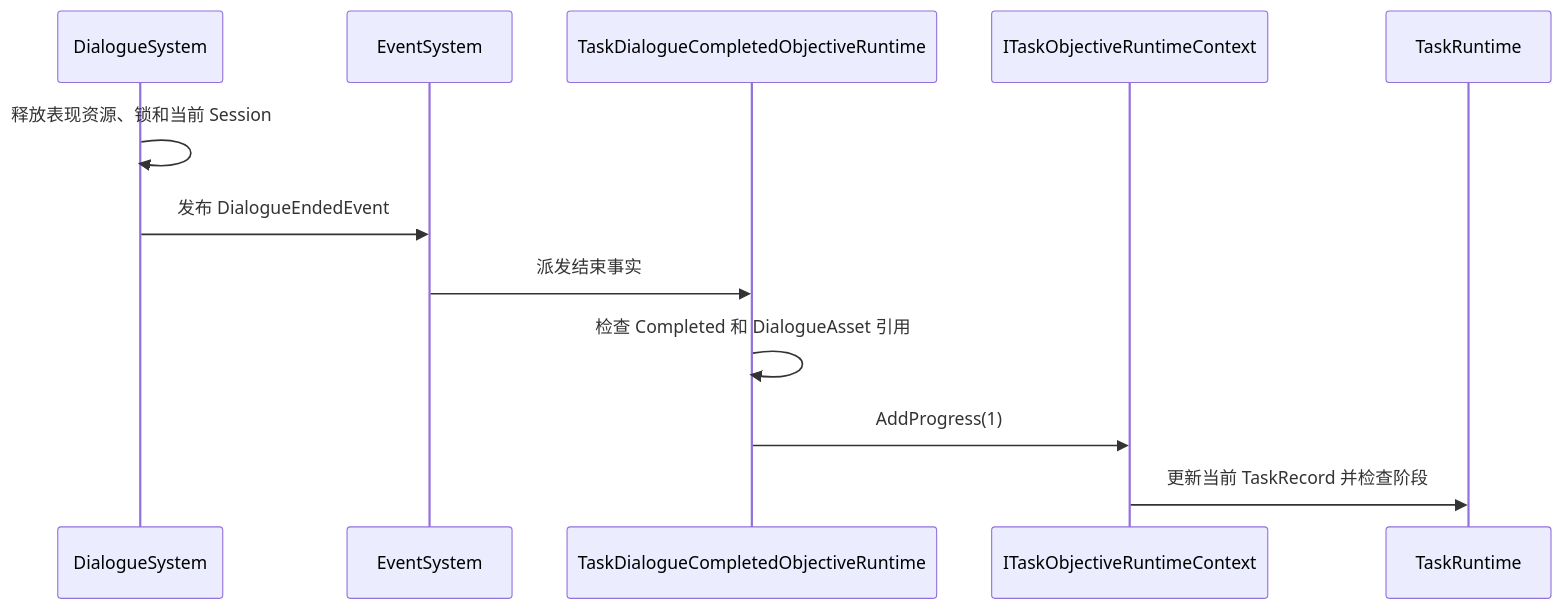
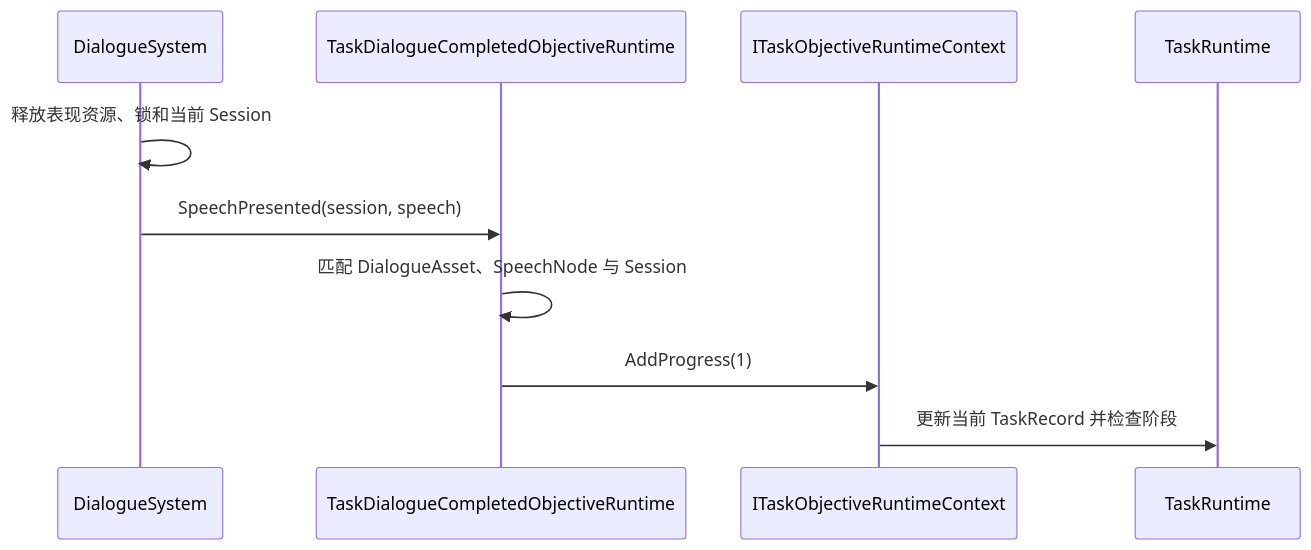
One commit to Whitesheeeep/3DRPG changed the eighth of 12 diagrams in Assets/Scripts/TaskSystem/TaskSystem_Architecture.md. Above: the diagram before and after it, drawn with Mermaid. The commit also changed other lines of this file and 26 other files, not shown here.

```diff
--- a/Assets/Scripts/TaskSystem/TaskSystem_Architecture.md
+++ b/Assets/Scripts/TaskSystem/TaskSystem_Architecture.md
@@ -263,14 +268,12 @@
 ~~~mermaid
 sequenceDiagram
     participant Dialogue as DialogueSystem
-    participant Center as EventSystem
     participant Objective as TaskDialogueCompletedObjectiveRuntime
     participant Context as ITaskObjectiveRuntimeContext
     participant Runtime as TaskRuntime
     Dialogue->>Dialogue: 释放表现资源、锁和当前 Session
-    Dialogue->>Center: 发布 DialogueEndedEvent
-    Center->>Objective: 派发结束事实
-    Objective->>Objective: 检查 Completed 和 DialogueAsset 引用
+    Dialogue->>Objective: SpeechPresented(session, speech)
+    Objective->>Objective: 匹配 DialogueAsset、SpeechNode 与 Session
     Objective->>Context: AddProgress(1)
     Context->>Runtime: 更新当前 TaskRecord 并检查阶段
 ~~~
```
